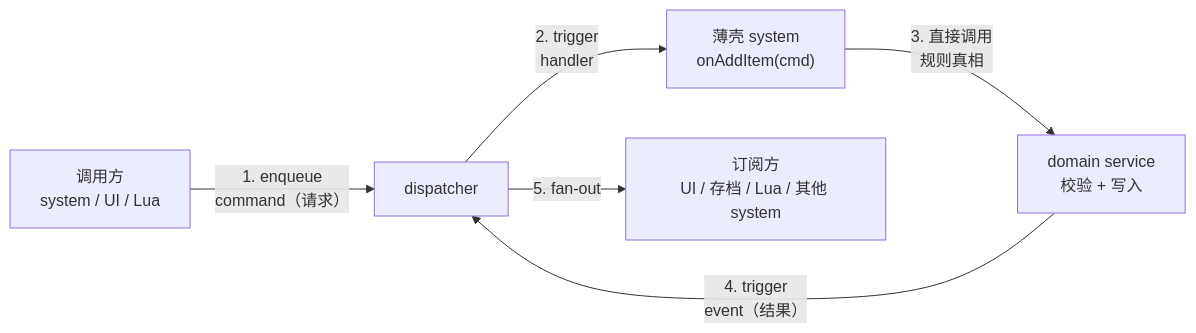
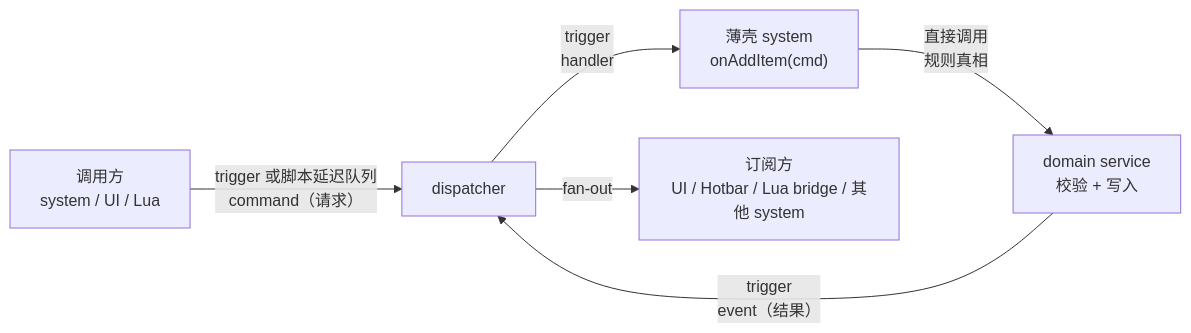
Before and after one commit to WispSnow/TinyFarmRPG: the second of 3 diagrams in lecture_plans/lectures/02-领域服务与命令事件边界.md, drawn with Mermaid. The commit also changed other lines of this file and 3 other files, not shown here.

````diff
--- a/lecture_plans/lectures/02-领域服务与命令事件边界.md
+++ b/lecture_plans/lectures/02-领域服务与命令事件边界.md
@@ -94,8 +96,8 @@
 ```mermaid
 flowchart LR
-    CALLER["调用方<br/>system / UI / Lua"] -- "1. enqueue<br/>command（请求）" --> DISP["dispatcher"]
-    DISP -- "2. trigger<br/>handler" --> SYS["薄壳 system<br/>onAddItem(cmd)"]
-    SYS -- "3. 直接调用<br/>规则真相" --> DOM["domain service<br/>校验 + 写入"]
-    DOM -- "4. trigger<br/>event（结果）" --> DISP
-    DISP -- "5. fan-out" --> SUB["订阅方<br/>UI / 存档 / Lua / 其他 system"]
+    CALLER["调用方<br/>system / UI / Lua"] -- "trigger 或脚本延迟队列<br/>command（请求）" --> DISP["dispatcher"]
+    DISP -- "trigger<br/>handler" --> SYS["薄壳 system<br/>onAddItem(cmd)"]
+    SYS -- "直接调用<br/>规则真相" --> DOM["domain service<br/>校验 + 写入"]
+    DOM -- "trigger<br/>event（结果）" --> DISP
+    DISP -- "fan-out" --> SUB["订阅方<br/>UI / Hotbar / Lua bridge / 其他 system"]
 ```
````
